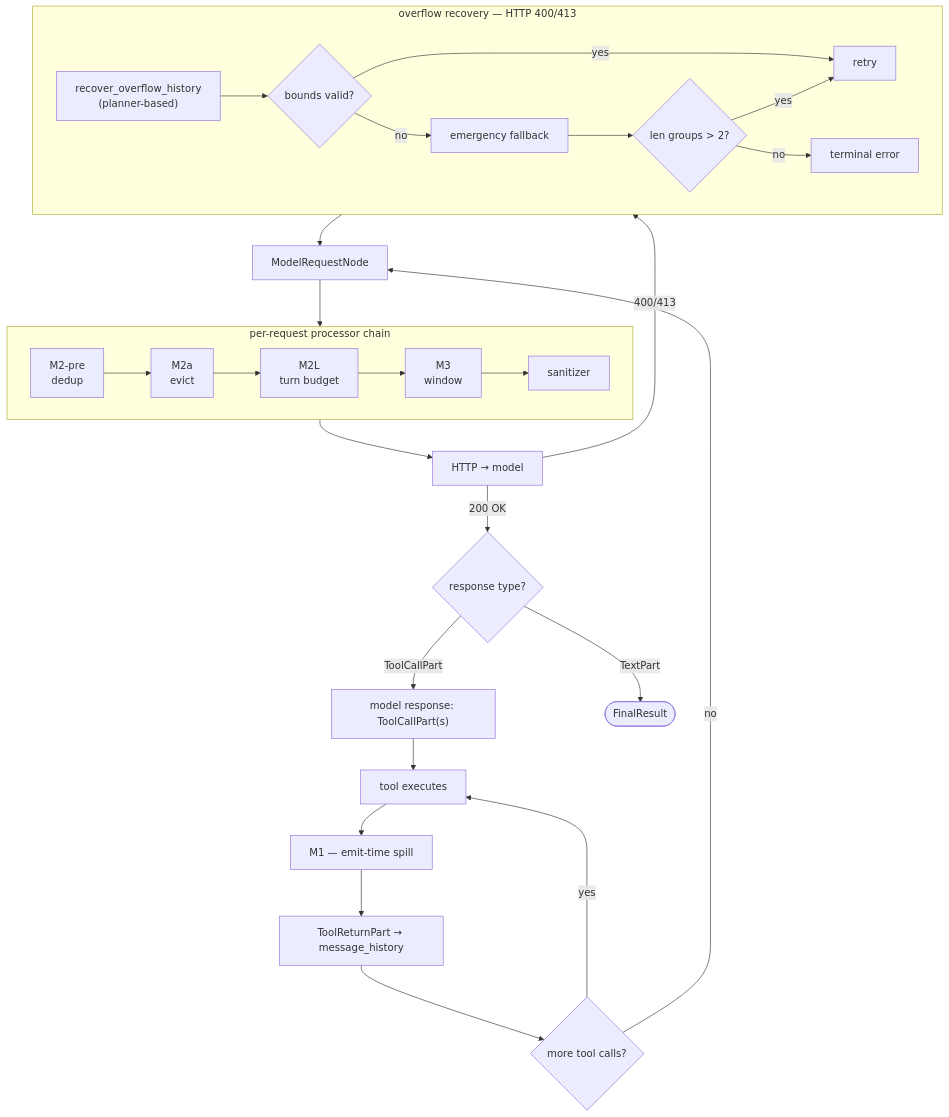
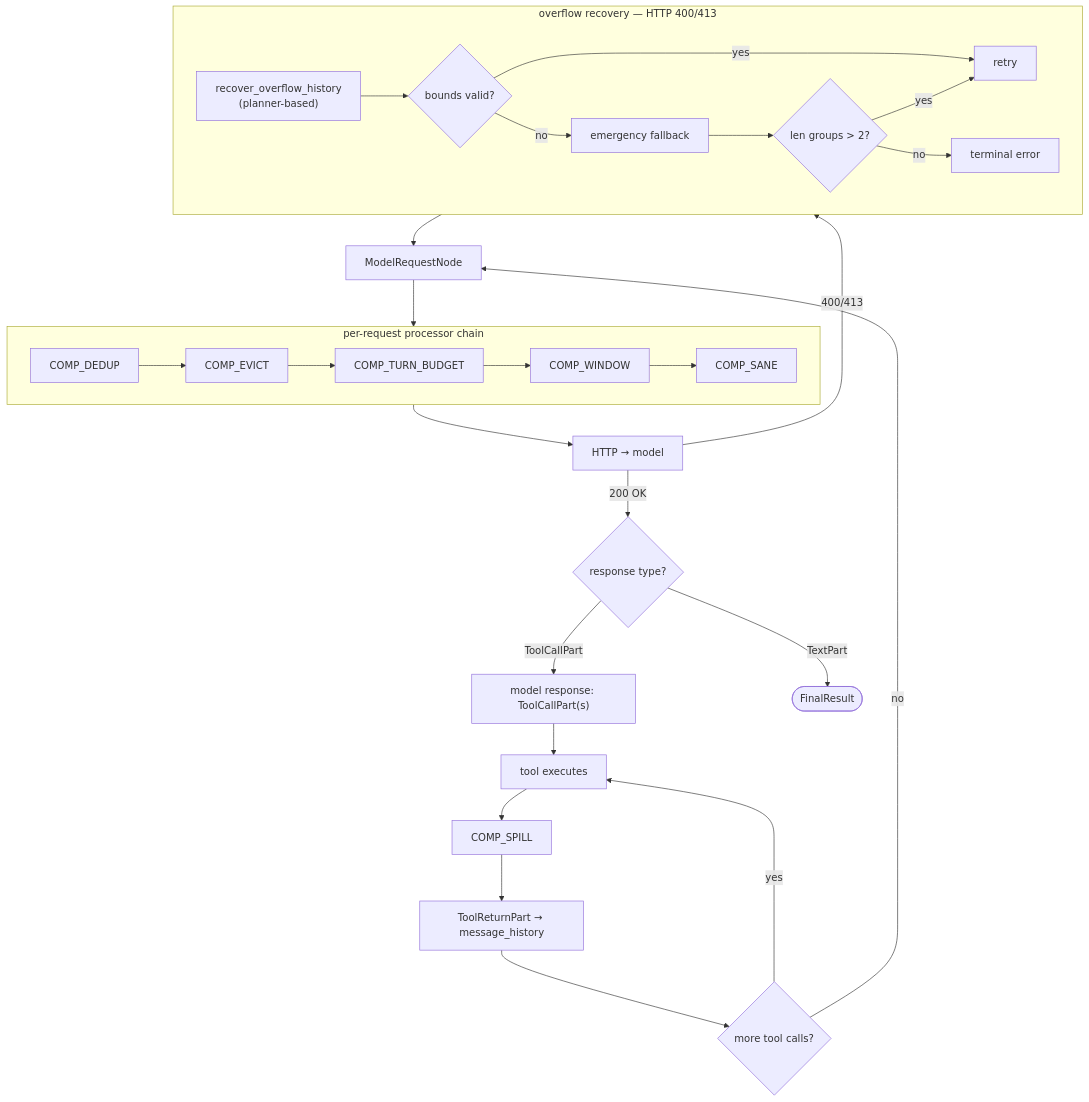
Before and after one commit to binlecode/co-cli: the second of 7 diagrams in docs/specs/compaction.md, drawn with Mermaid. The commit also changed other lines of this file, not shown here.

First line of the commit message:
docs(compaction): replace M-labels with meaningful COMP_* CAPWORDs throughout spec

````diff
--- a/docs/specs/compaction.md
+++ b/docs/specs/compaction.md
@@ -80,36 +80,36 @@
 ```mermaid
 flowchart TD
     TCALL["model response: ToolCallPart(s)"]
     EXEC["tool executes"]
-    M1["M1 — emit-time spill"]
+    M1["COMP_SPILL"]
     HIST["ToolReturnPart → message_history"]
     MORE{"more tool calls?"}
     MRN["ModelRequestNode"]
 
     subgraph Chain["per-request processor chain"]
         direction LR
-        C0["M2-pre\ndedup"] --> C1["M2a\nevict"] --> C2["M2L\nturn budget"] --> C3["M3\nwindow"] --> C4["sanitizer"]
+        C0["COMP_DEDUP"] --> C1["COMP_EVICT"] --> C2["COMP_TURN_BUDGET"] --> C3["COMP_WINDOW"] --> C4["COMP_SANE"]
     end
 
     HTTP["HTTP → model"]
     RTYPE{"response type?"}
     FINAL(["FinalResult"])
 
     subgraph OVF["overflow recovery — HTTP 400/413"]
         direction LR
         OV1["recover_overflow_history\n(planner-based)"] --> OV2{"bounds valid?"}
         OV2 -->|yes| OV3["retry"]
         OV2 -->|no| OV4["emergency fallback"] --> OV5{"len groups &gt; 2?"}
         OV5 -->|yes| OV3
         OV5 -->|no| OV6["terminal error"]
     end
 
     TCALL --> EXEC --> M1 --> HIST --> MORE
     MORE -->|yes| EXEC
     MORE -->|no| MRN --> Chain --> HTTP
     HTTP -->|"200 OK"| RTYPE
     HTTP -->|"400/413"| OVF
     OVF --> MRN
     RTYPE -->|ToolCallPart| TCALL
     RTYPE -->|TextPart| FINAL
 ```
````
